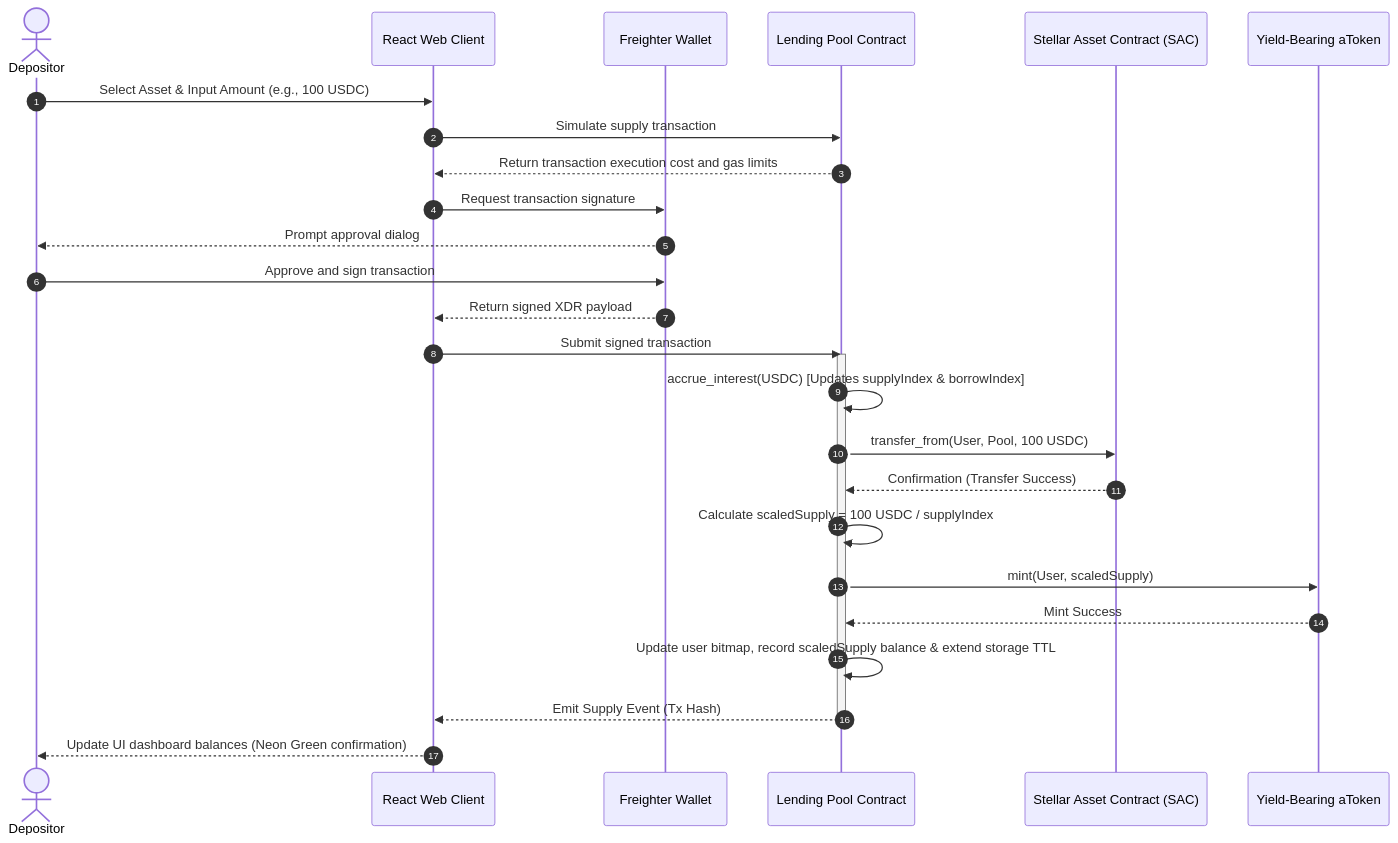
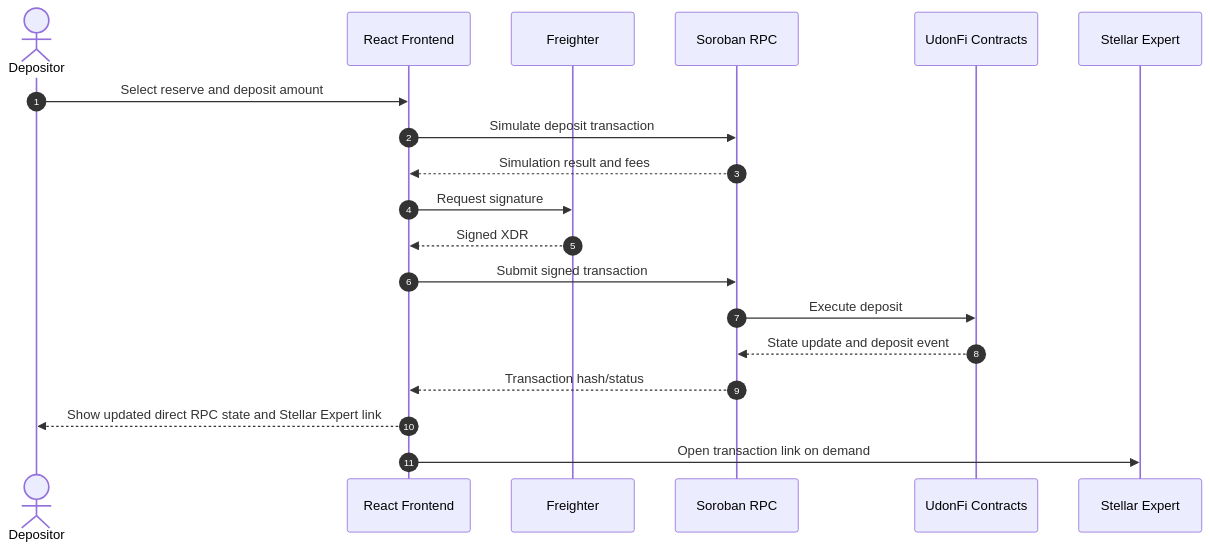
Before and after one commit to TheAnh1404/UdonFi: the first of 5 diagrams in docs/04-business-flows.md, drawn with Mermaid. The commit also changed other lines of this file and 191 other files, not shown here.

````diff
--- a/docs/04-business-flows.md
+++ b/docs/04-business-flows.md
@@ -7,30 +7,22 @@
 ```mermaid
 sequenceDiagram
     autonumber
     actor User as Depositor
-    participant UI as React Web Client
-    participant Wallet as Freighter Wallet
-    participant Pool as Lending Pool Contract
-    participant Token as Stellar Asset Contract (SAC)
-    participant aToken as Yield-Bearing aToken
-    
-    User->>UI: Select Asset & Input Amount (e.g., 100 USDC)
-    UI->>Pool: Simulate supply transaction
-    Pool-->>UI: Return transaction execution cost and gas limits
-    UI->>Wallet: Request transaction signature
-    Wallet-->>User: Prompt approval dialog
-    User->>Wallet: Approve and sign transaction
-    Wallet-->>UI: Return signed XDR payload
-    UI->>Pool: Submit signed transaction
-    activate Pool
-    Pool->>Pool: accrue_interest(USDC) [Updates supplyIndex & borrowIndex]
-    Pool->>Token: transfer_from(User, Pool, 100 USDC)
-    Token-->>Pool: Confirmation (Transfer Success)
-    Pool->>Pool: Calculate scaledSupply = 100 USDC / supplyIndex
-    Pool->>aToken: mint(User, scaledSupply)
-    aToken-->>Pool: Mint Success
-    Pool->>Pool: Update user bitmap, record scaledSupply balance & extend storage TTL
-    Pool-->>UI: Emit Supply Event (Tx Hash)
-    deactivate Pool
-    UI-->>User: Update UI dashboard balances (Neon Green confirmation)
+    participant UI as React Frontend
+    participant Wallet as Freighter
+    participant RPC as Soroban RPC
+    participant Contracts as UdonFi Contracts
+    participant Expert as Stellar Expert
+
+    User->>UI: Select reserve and deposit amount
+    UI->>RPC: Simulate deposit transaction
+    RPC-->>UI: Simulation result and fees
+    UI->>Wallet: Request signature
+    Wallet-->>UI: Signed XDR
+    UI->>RPC: Submit signed transaction
+    RPC->>Contracts: Execute deposit
+    Contracts-->>RPC: State update and deposit event
+    RPC-->>UI: Transaction hash/status
+    UI-->>User: Show updated direct RPC state and Stellar Expert link
+    UI->>Expert: Open transaction link on demand
 ```
````
